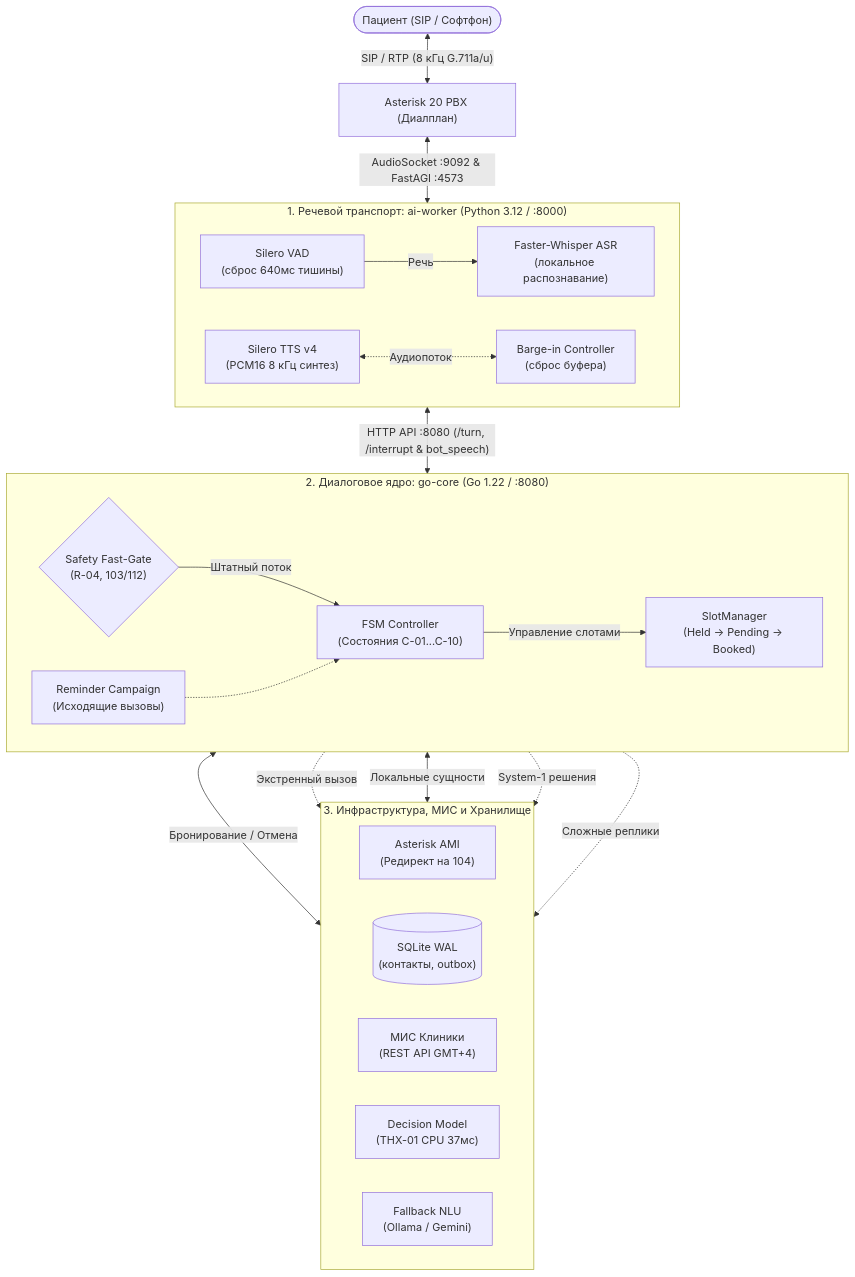
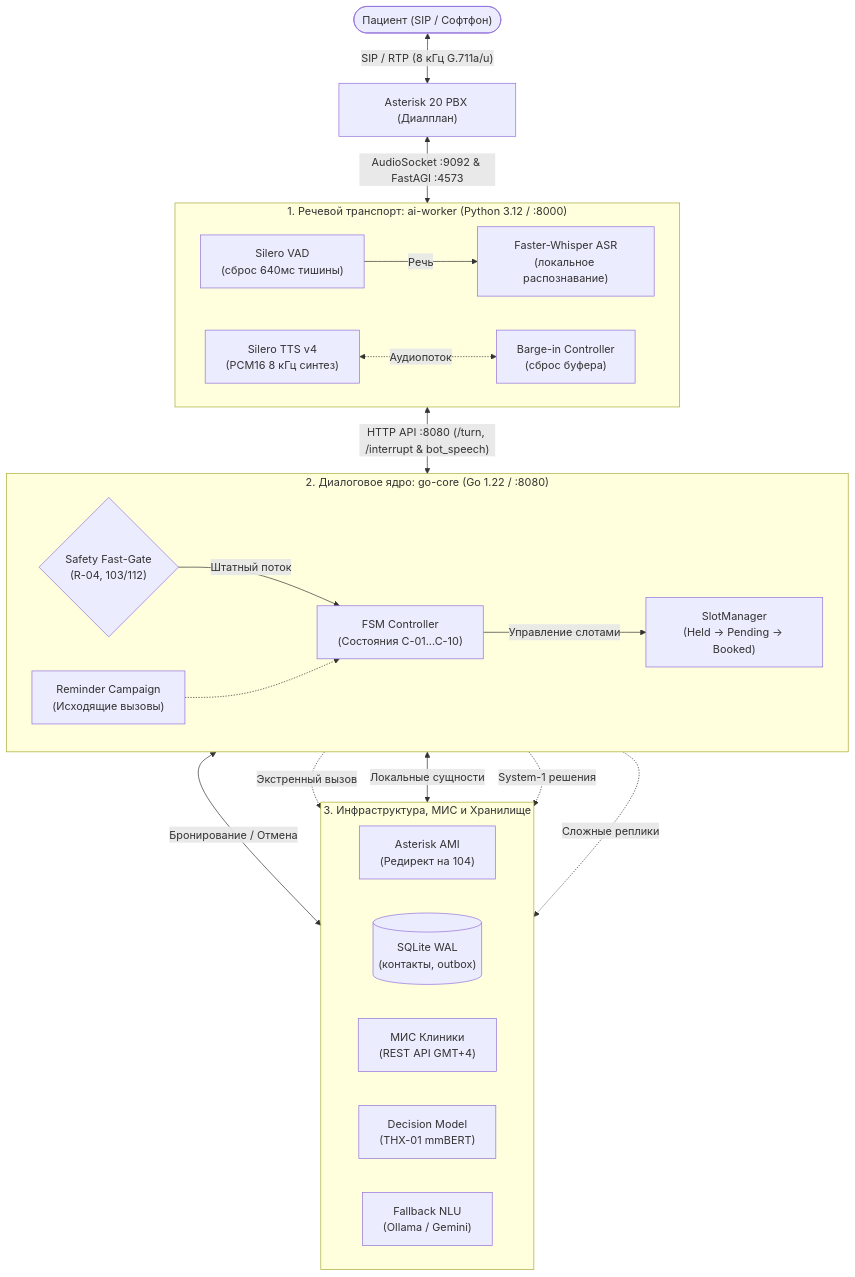
The diagram in README.md (0himera/clinicalvoice), drawn with Mermaid before and after one commit. The commit also changed other lines of this file and 14 other files, not shown here.

````diff
--- a/README.md
+++ b/README.md
@@ -37,36 +39,36 @@
 ```mermaid
 flowchart TD
     Caller(["Пациент (SIP / Софтфон)"]) <-->|"SIP / RTP (8 кГц G.711a/u)"| Asterisk["Asterisk 20 PBX (Диалплан)"]
 
     Asterisk <-->|"AudioSocket :9092 & FastAGI :4573"| Worker
 
     subgraph Worker[" 1. Речевой транспорт: ai-worker (Python 3.12 / :8000) "]
         direction LR
         VAD["Silero VAD\n(сброс 640мс тишины)"] -->|"Речь"| ASR["Faster-Whisper ASR\n(локальное распознавание)"]
         TTS["Silero TTS v4\n(PCM16 8 кГц синтез)"] <-.->|"Аудиопоток"| BargeIn["Barge-in Controller\n(сброс буфера)"]
     end
 
     Worker <-->|"HTTP API :8080 (/turn, /interrupt & bot_speech)"| Core
 
     subgraph Core[" 2. Диалоговое ядро: go-core (Go 1.22 / :8080) "]
         direction LR
         SafetyGate{"Safety Fast-Gate\n(R-04, 103/112)"} -->|"Штатный поток"| FSM["FSM Controller\n(Состояния C-01...C-10)"]
         FSM -->|"Управление слотами"| SlotMgr["SlotManager\n(Held → Pending → Booked)"]
         Campaign["Reminder Campaign\n(Исходящие вызовы)"] -.-> FSM
     end
 
     subgraph Integrations[" 3. Инфраструктура, МИС и Хранилище "]
         direction LR
         AMI["Asterisk AMI\n(Редирект на 104)"]
         DB[("SQLite WAL\n(контакты, outbox)")]
         MIS["МИС Клиники\n(REST API GMT+4)"]
-        Decision["Decision Model\n(THX-01 CPU 37мс)"]
+        Decision["Decision Model\n(THX-01 mmBERT)"]
         LLM["Fallback NLU\n(Ollama / Gemini)"]
     end
 
     Core -.->|"Экстренный вызов"| AMI
     Core <-->|"Локальные сущности"| DB
     SlotMgr <-->|"Бронирование / Отмена"| MIS
     Core -.->|"System-1 решения"| Decision
     Core -.->|"Сложные реплики"| LLM
 ```
````
